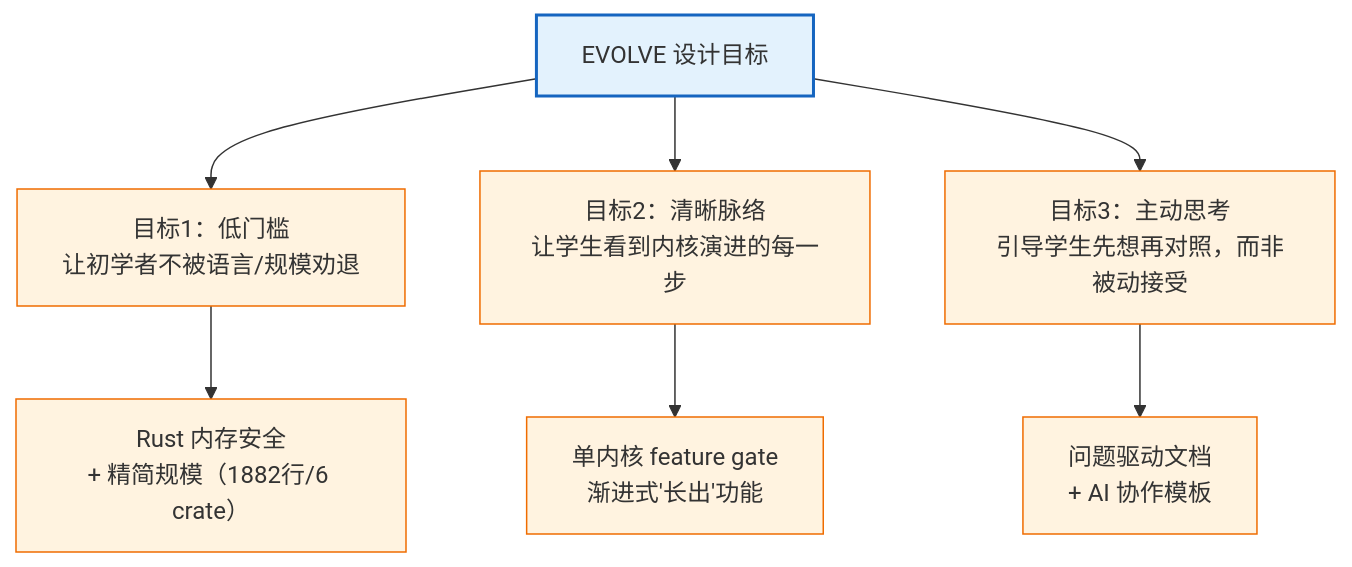
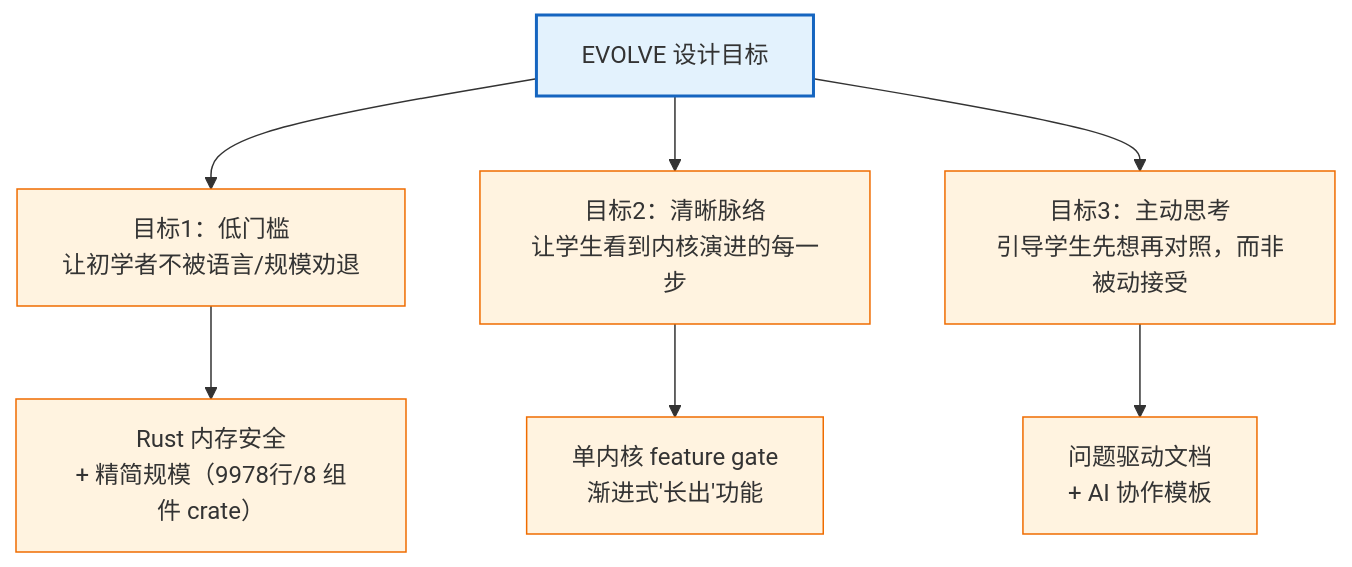
The first of 5 diagrams in os-lab/docs/design-report.md (AM-SuSh/EVOLVE), drawn with Mermaid before and after one commit. The commit also changed other lines of this file and 23 other files, not shown here.

````diff
--- a/os-lab/docs/design-report.md
+++ b/os-lab/docs/design-report.md
@@ -21,16 +21,16 @@
 ```mermaid
 graph TD
     G["EVOLVE 设计目标"]
     G --> G1["目标1：低门槛<br/>让初学者不被语言/规模劝退"]
     G --> G2["目标2：清晰脉络<br/>让学生看到内核演进的每一步"]
     G --> G3["目标3：主动思考<br/>引导学生先想再对照，而非被动接受"]
 
-    G1 --> D1["Rust 内存安全<br/>+ 精简规模（1882行/6 crate）"]
+    G1 --> D1["Rust 内存安全<br/>+ 精简规模（9978行/8 组件 crate）"]
     G2 --> D2["单内核 feature gate<br/>渐进式'长出'功能"]
     G3 --> D3["问题驱动文档<br/>+ AI 协作模板"]
 
     classDef goal fill:#e3f2fd,stroke:#1565c0,stroke-width:2px;
     classDef dec fill:#fff3e0,stroke:#ef6c00;
     class G goal;
     class G1,G2,G3,D1,D2,D3 dec;
 ```
````
